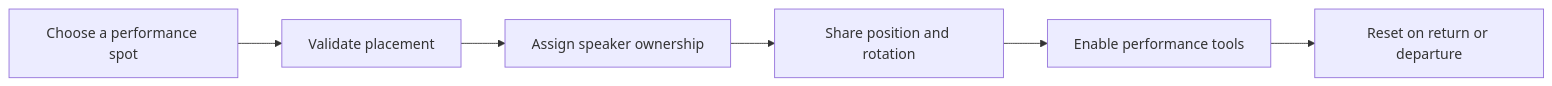
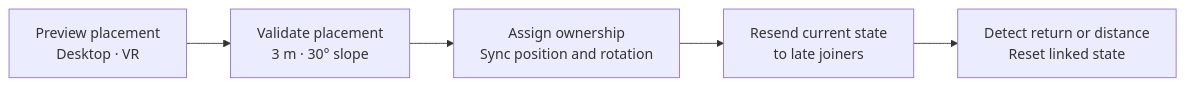
One commit to hjcud/Shinjuku-Live-Street changed the first of 2 diagrams in README.en.md. Above: the diagram before and after it, drawn with Mermaid. The commit also changed other lines of this file and 9 other files, not shown here.

````diff
--- a/README.en.md
+++ b/README.en.md
@@ -60,8 +70,7 @@
-```mermaid
+~~~mermaid
 flowchart LR
-    A[Choose a performance spot] --> B[Validate placement]
-    B --> C[Assign speaker ownership]
-    C --> D[Share position and rotation]
-    D --> E[Enable performance tools]
-    E --> F[Reset on return or departure]
-```
+    A["Preview placement<br/>Desktop · VR"] --> B["Validate placement<br/>3 m · 30° slope"]
+    B --> C["Assign ownership<br/>Sync position and rotation"]
+    C --> D["Resend current state<br/>to late joiners"]
+    D --> E["Detect return or distance<br/>Reset linked state"]
+~~~
````
